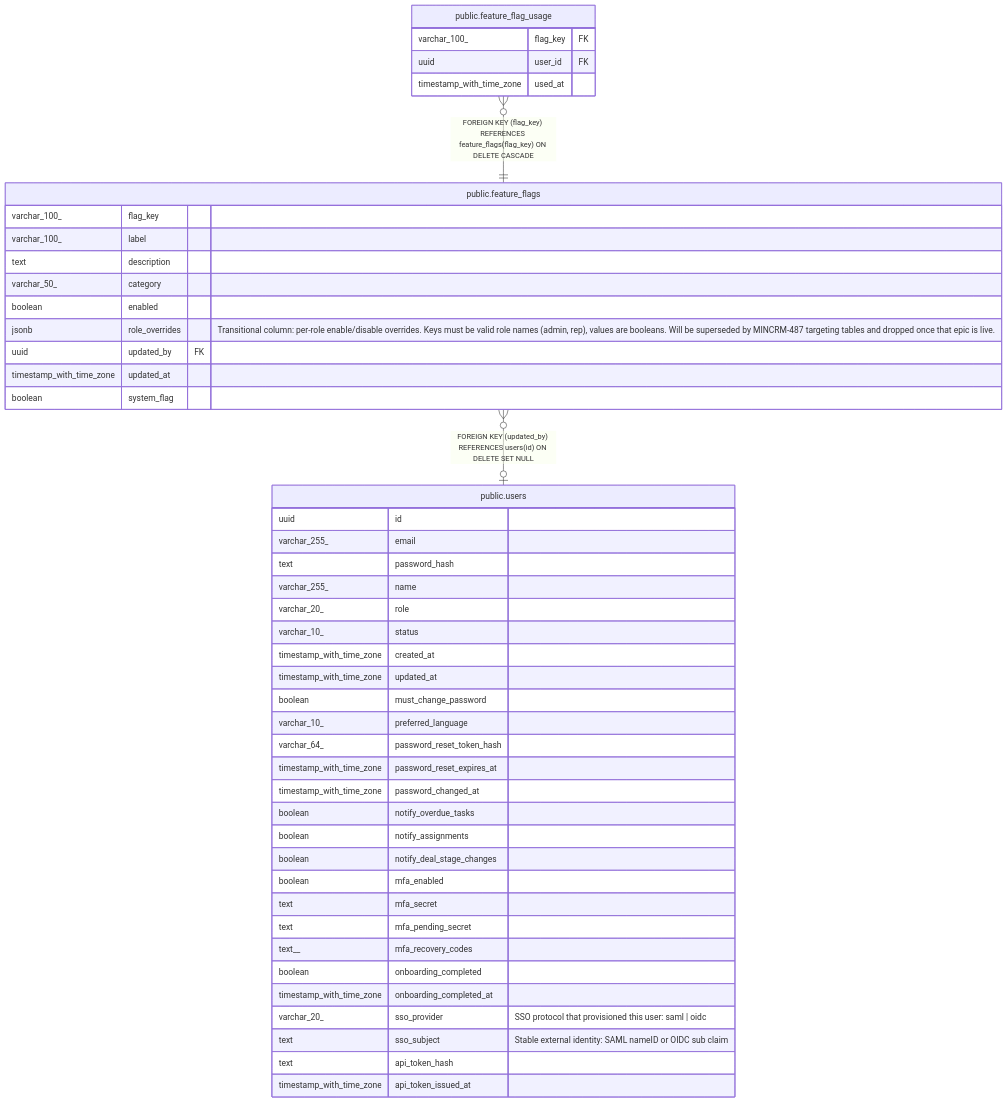
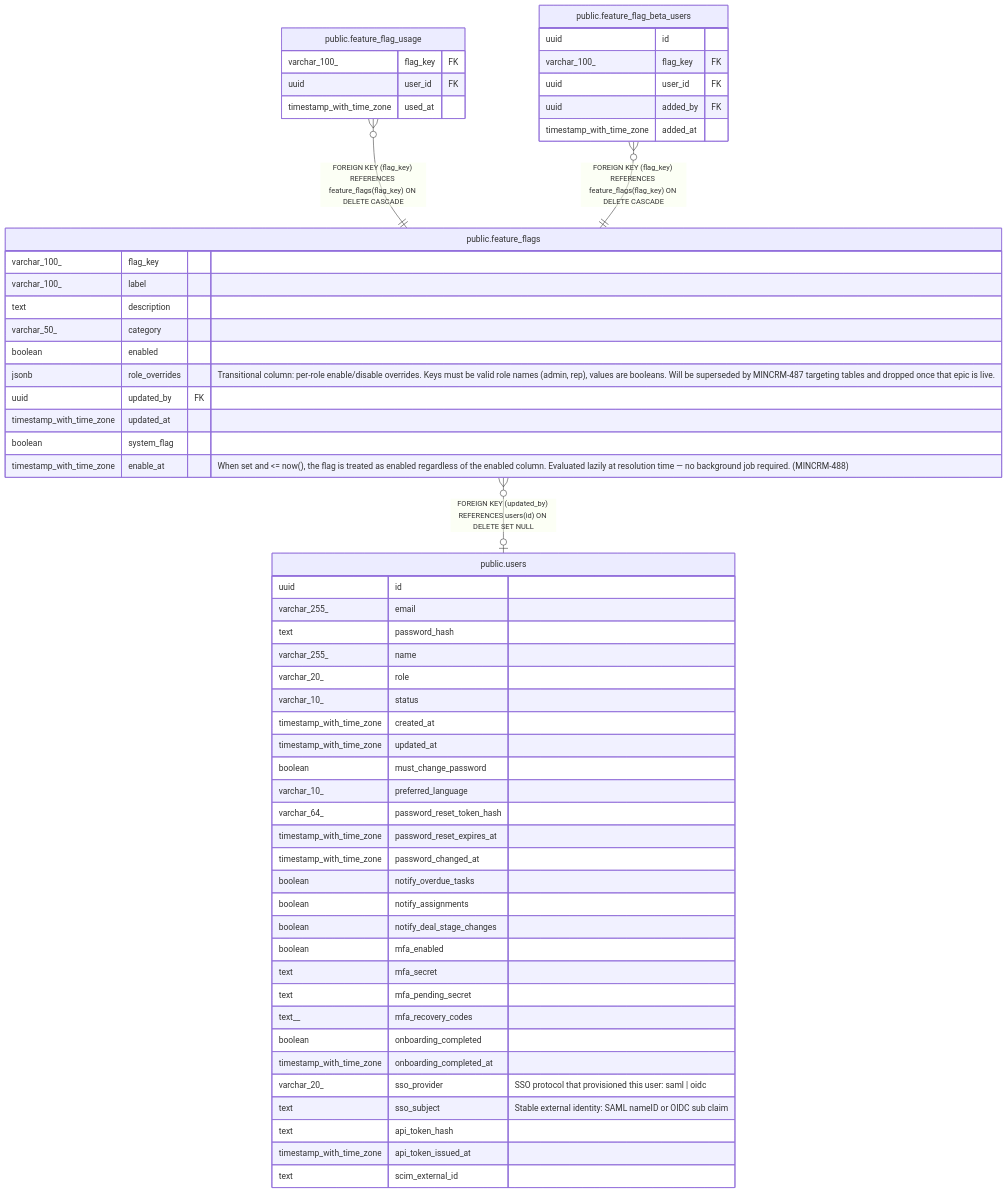
One commit to rkseattle/minicrm changed the diagram in docs/schema/public.feature_flags.md. Above: the diagram before and after it, drawn with Mermaid. The commit also changed other lines of this file and 72 other files, not shown here.

First line of the commit message:
feat(MINCRM-488, MINCRM-489): scheduled enable_at and beta user targeting for feature flags

````diff
--- a/docs/schema/public.feature_flags.md
+++ b/docs/schema/public.feature_flags.md
@@ -40,51 +41,61 @@
 ```mermaid
 erDiagram
 
 "public.feature_flag_usage" }o--|| "public.feature_flags" : "FOREIGN KEY (flag_key) REFERENCES feature_flags(flag_key) ON DELETE CASCADE"
+"public.feature_flag_beta_users" }o--|| "public.feature_flags" : "FOREIGN KEY (flag_key) REFERENCES feature_flags(flag_key) ON DELETE CASCADE"
 "public.feature_flags" }o--o| "public.users" : "FOREIGN KEY (updated_by) REFERENCES users(id) ON DELETE SET NULL"
 
 "public.feature_flags" {
   varchar_100_ flag_key ""
   varchar_100_ label ""
   text description ""
   varchar_50_ category ""
   boolean enabled ""
   jsonb role_overrides "Transitional column: per-role enable/disable overrides. Keys must be valid role names (admin, rep), values are booleans. Will be superseded by MINCRM-487 targeting tables and dropped once that epic is live."
   uuid updated_by FK ""
   timestamp_with_time_zone updated_at ""
   boolean system_flag ""
+  timestamp_with_time_zone enable_at "When set and <= now(), the flag is treated as enabled regardless of the enabled column. Evaluated lazily at resolution time — no background job required. (MINCRM-488)"
 }
 "public.feature_flag_usage" {
   varchar_100_ flag_key FK ""
   uuid user_id FK ""
   timestamp_with_time_zone used_at ""
+}
+"public.feature_flag_beta_users" {
+  uuid id ""
+  varchar_100_ flag_key FK ""
+  uuid user_id FK ""
+  uuid added_by FK ""
+  timestamp_with_time_zone added_at ""
 }
 "public.users" {
   uuid id ""
   varchar_255_ email ""
   text password_hash ""
   varchar_255_ name ""
   varchar_20_ role ""
   varchar_10_ status ""
   timestamp_with_time_zone created_at ""
   timestamp_with_time_zone updated_at ""
   boolean must_change_password ""
   varchar_10_ preferred_language ""
   varchar_64_ password_reset_token_hash ""
   timestamp_with_time_zone password_reset_expires_at ""
   timestamp_with_time_zone password_changed_at ""
   boolean notify_overdue_tasks ""
   boolean notify_assignments ""
   boolean notify_deal_stage_changes ""
   boolean mfa_enabled ""
   text mfa_secret ""
   text mfa_pending_secret ""
   text__ mfa_recovery_codes ""
   boolean onboarding_completed ""
   timestamp_with_time_zone onboarding_completed_at ""
   varchar_20_ sso_provider "SSO protocol that provisioned this user: saml | oidc"
   text sso_subject "Stable external identity: SAML nameID or OIDC sub claim"
   text api_token_hash ""
   timestamp_with_time_zone api_token_issued_at ""
+  text scim_external_id ""
 }
 ```
````
